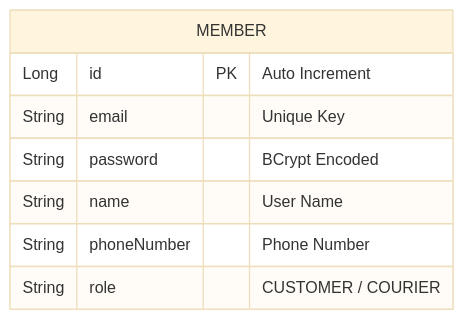
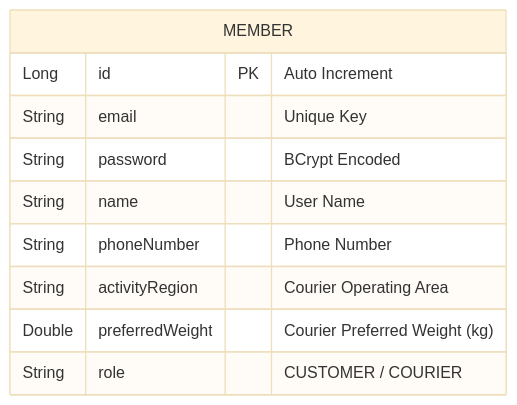
One commit to ShinhanDSProject/shinhan-delivery changed the diagram in docs/design/member-auth-design.md. Above: the diagram before and after it, drawn with Mermaid (base theme). The commit also changed other lines of this file and 24 other files, not shown here.

````diff
--- a/docs/design/member-auth-design.md
+++ b/docs/design/member-auth-design.md
@@ -22,11 +22,13 @@
 ```mermaid
 erDiagram
     MEMBER {
         Long id PK "Auto Increment"
         String email "Unique Key"
         String password "BCrypt Encoded"
         String name "User Name"
         String phoneNumber "Phone Number"
+        String activityRegion "Courier Operating Area"
+        Double preferredWeight "Courier Preferred Weight (kg)"
         String role "CUSTOMER / COURIER"
     }
 ```
````
